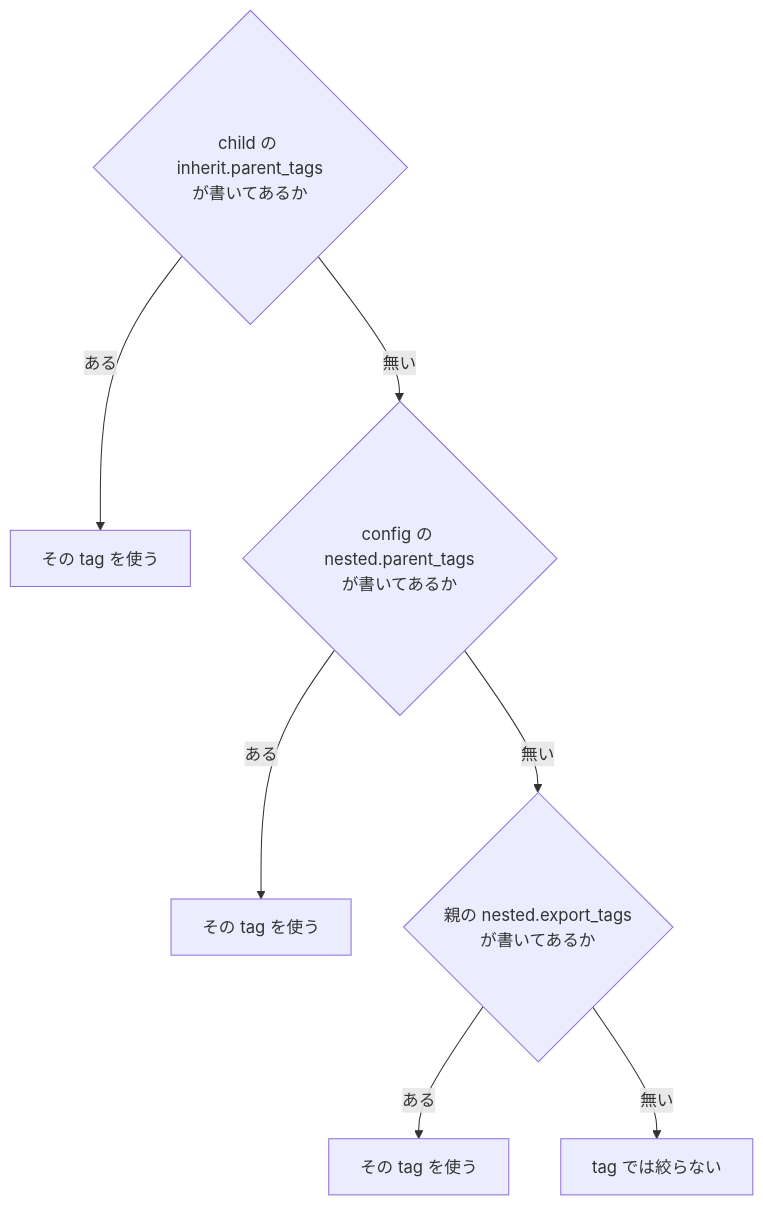
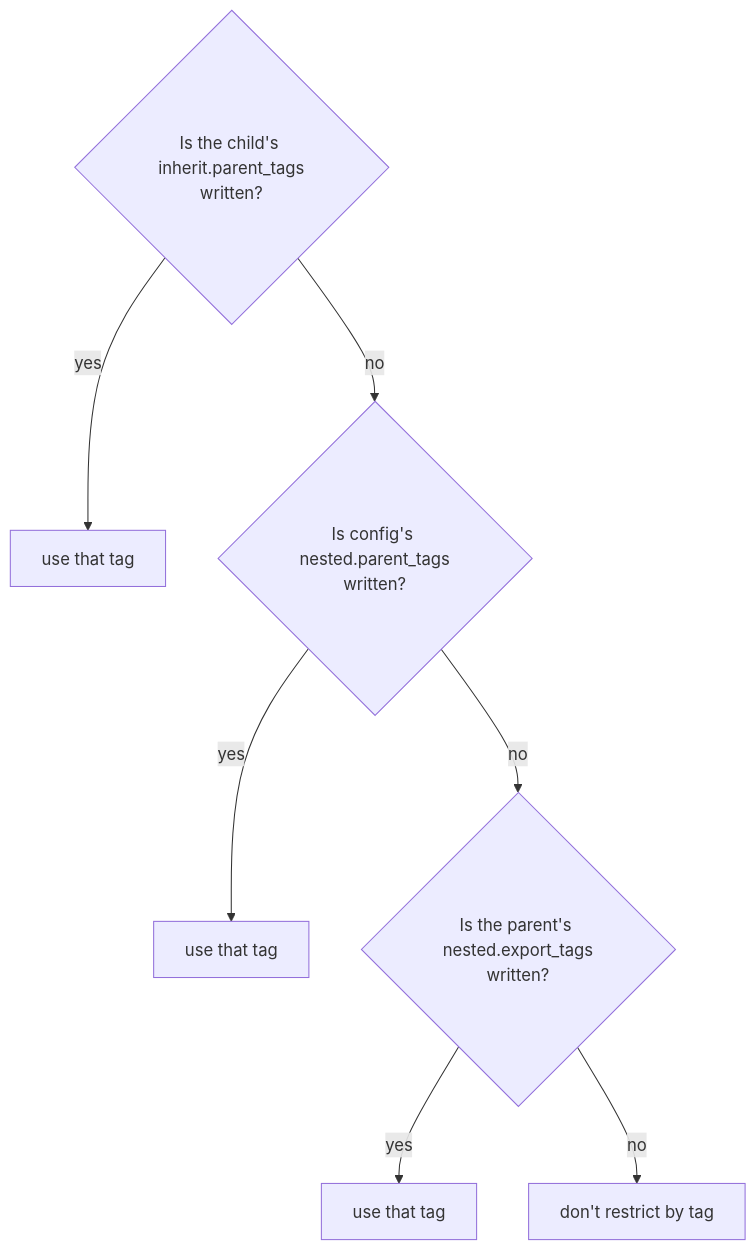
The third of 5 diagrams in docs/SHEETS.md (yasuoeto/wayhint), drawn with Mermaid before and after one commit. The commit also changed other lines of this file and 23 other files, not shown here.

````diff
--- a/docs/SHEETS.md
+++ b/docs/SHEETS.md
@@ -62,9 +75,9 @@
 ```mermaid
 flowchart TD
-    A{child の inherit.parent_tags<br/>が書いてあるか} -- ある --> R1[その tag を使う]
-    A -- 無い --> B{config の nested.parent_tags<br/>が書いてあるか}
-    B -- ある --> R2[その tag を使う]
-    B -- 無い --> C{親の nested.export_tags<br/>が書いてあるか}
-    C -- ある --> R3[その tag を使う]
-    C -- 無い --> R4[tag では絞らない]
+    A{Is the child's inherit.parent_tags<br/>written?} -- yes --> R1[use that tag]
+    A -- no --> B{Is config's nested.parent_tags<br/>written?}
+    B -- yes --> R2[use that tag]
+    B -- no --> C{Is the parent's nested.export_tags<br/>written?}
+    C -- yes --> R3[use that tag]
+    C -- no --> R4[don't restrict by tag]
 ```
````
